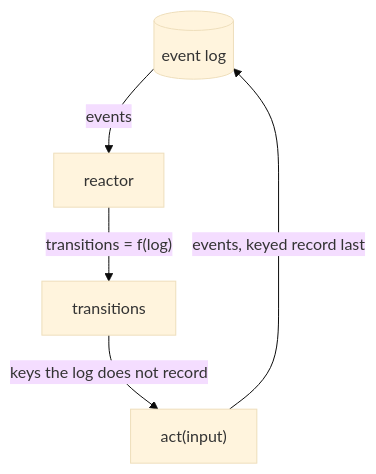
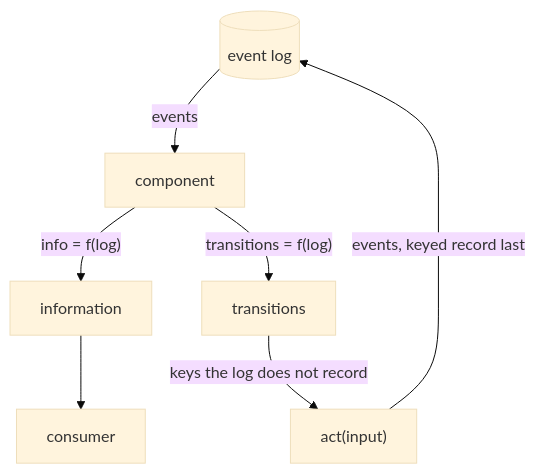
One commit to clavia-labs/tardigrade changed the first of 2 diagrams in docs/quickstart.md. Above: the diagram before and after it, drawn with Mermaid (base theme). The commit also changed other lines of this file and 38 other files, not shown here.

````diff
--- a/docs/quickstart.md
+++ b/docs/quickstart.md
@@ -66,7 +92,9 @@
 ```mermaid
 flowchart TB
-  log[("event log")] -->|"events"| reactor["reactor"]
-  reactor -->|"transitions = f(log)"| transitions["transitions"]
+  log[("event log")] -->|"events"| component["component"]
+  component -->|"info = f(log)"| info["information"]
+  component -->|"transitions = f(log)"| transitions["transitions"]
+  info --> consumer["consumer"]
   transitions -->|"keys the log does not record"| act["act(input)"]
   act -->|"events, keyed record last"| log
 ```
````
